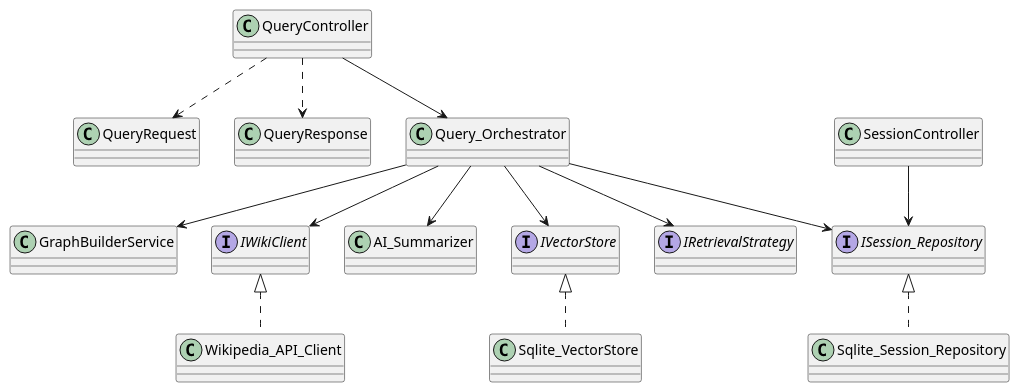
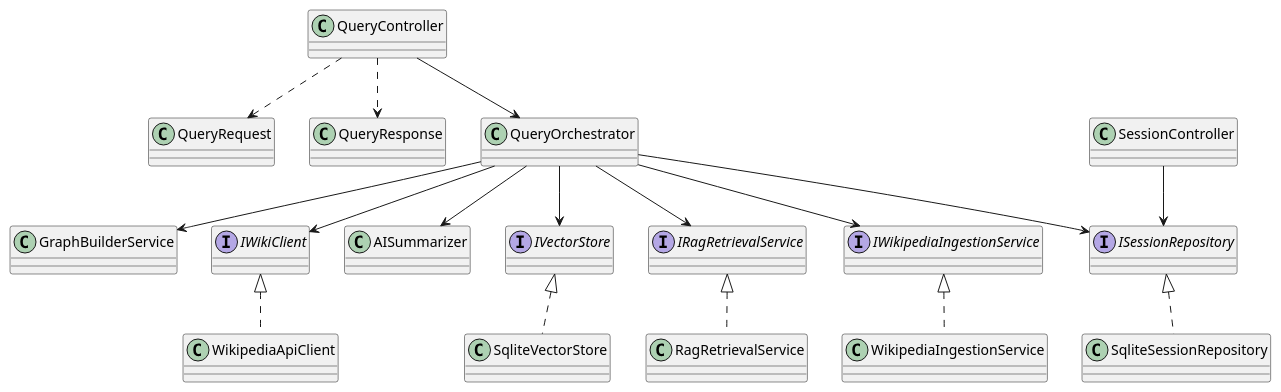
One commit to Pedro-B-Amon/Blazor-Development changed the third of 4 diagrams in README.md. Above: the diagram before and after it, drawn with PlantUML. The commit also changed other lines of this file and 56 other files, not shown here.

````diff
--- a/README.md
+++ b/README.md
@@ -177,40 +184,46 @@
 ```plantuml
 @startuml
 skinparam classAttributeIconSize 0
 
 class QueryController
 class SessionController
 
-class Query_Orchestrator
-class AI_Summarizer
-class Wikipedia_API_Client
-class Sqlite_Session_Repository
-class Sqlite_VectorStore
+class QueryOrchestrator
+class AISummarizer
+class WikipediaApiClient
+class SqliteSessionRepository
+class SqliteVectorStore
+class WikipediaIngestionService
+class RagRetrievalService
 class GraphBuilderService
 
 interface IWikiClient
-interface ISession_Repository
+interface ISessionRepository
 interface IVectorStore
-interface IRetrievalStrategy
+interface IRagRetrievalService
+interface IWikipediaIngestionService
 
-IWikiClient <|.. Wikipedia_API_Client
-ISession_Repository <|.. Sqlite_Session_Repository
-IVectorStore <|.. Sqlite_VectorStore
+IWikiClient <|.. WikipediaApiClient
+ISessionRepository <|.. SqliteSessionRepository
+IVectorStore <|.. SqliteVectorStore
+IRagRetrievalService <|.. RagRetrievalService
+IWikipediaIngestionService <|.. WikipediaIngestionService
 
-QueryController --> Query_Orchestrator
-SessionController --> ISession_Repository
+QueryController --> QueryOrchestrator
+SessionController --> ISessionRepository
 
-Query_Orchestrator --> IWikiClient
-Query_Orchestrator --> ISession_Repository
-Query_Orchestrator --> IVectorStore
-Query_Orchestrator --> IRetrievalStrategy
-Query_Orchestrator --> AI_Summarizer
-Query_Orchestrator --> GraphBuilderService
+QueryOrchestrator --> IWikiClient
+QueryOrchestrator --> ISessionRepository
+QueryOrchestrator --> IVectorStore
+QueryOrchestrator --> IRagRetrievalService
+QueryOrchestrator --> IWikipediaIngestionService
+QueryOrchestrator --> AISummarizer
+QueryOrchestrator --> GraphBuilderService
 
 class QueryRequest
 class QueryResponse
 QueryController ..> QueryRequest
 QueryController ..> QueryResponse
 
 @enduml
 ```
````
